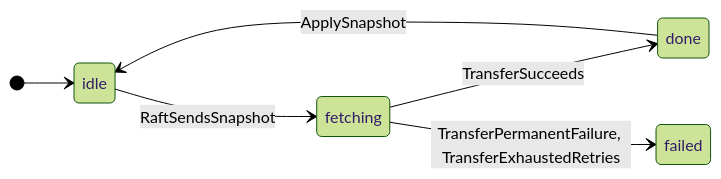
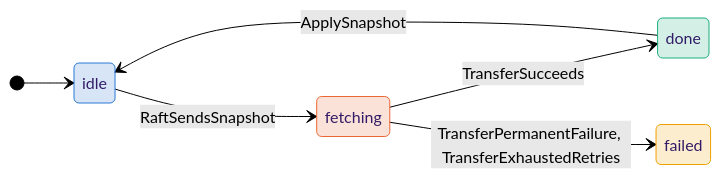
The first of 2 diagrams in zig/specs/tla/diagrams/raft/AntflySnapshotTransfer.md (antflydb/antfly), drawn with Mermaid (forest theme) before and after one commit. The commit also changed 27 other files, not shown here.

````diff
--- a/zig/specs/tla/diagrams/raft/AntflySnapshotTransfer.md
+++ b/zig/specs/tla/diagrams/raft/AntflySnapshotTransfer.md
@@ -13,9 +13,17 @@
 ```mermaid
 stateDiagram-v2
     direction LR
     [*] --> idle
     idle --> fetching : RaftSendsSnapshot
     fetching --> done : TransferSucceeds
     fetching --> failed : TransferPermanentFailure, TransferExhaustedRetries
     done --> idle : ApplySnapshot
+    classDef c_idle fill:#2a78d630,stroke:#2a78d6
+    class idle c_idle
+    classDef c_fetching fill:#eb683430,stroke:#eb6834
+    class fetching c_fetching
+    classDef c_done fill:#1baf7a30,stroke:#1baf7a
+    class done c_done
+    classDef c_failed fill:#eda10030,stroke:#eda100
+    class failed c_failed
 ```
````
